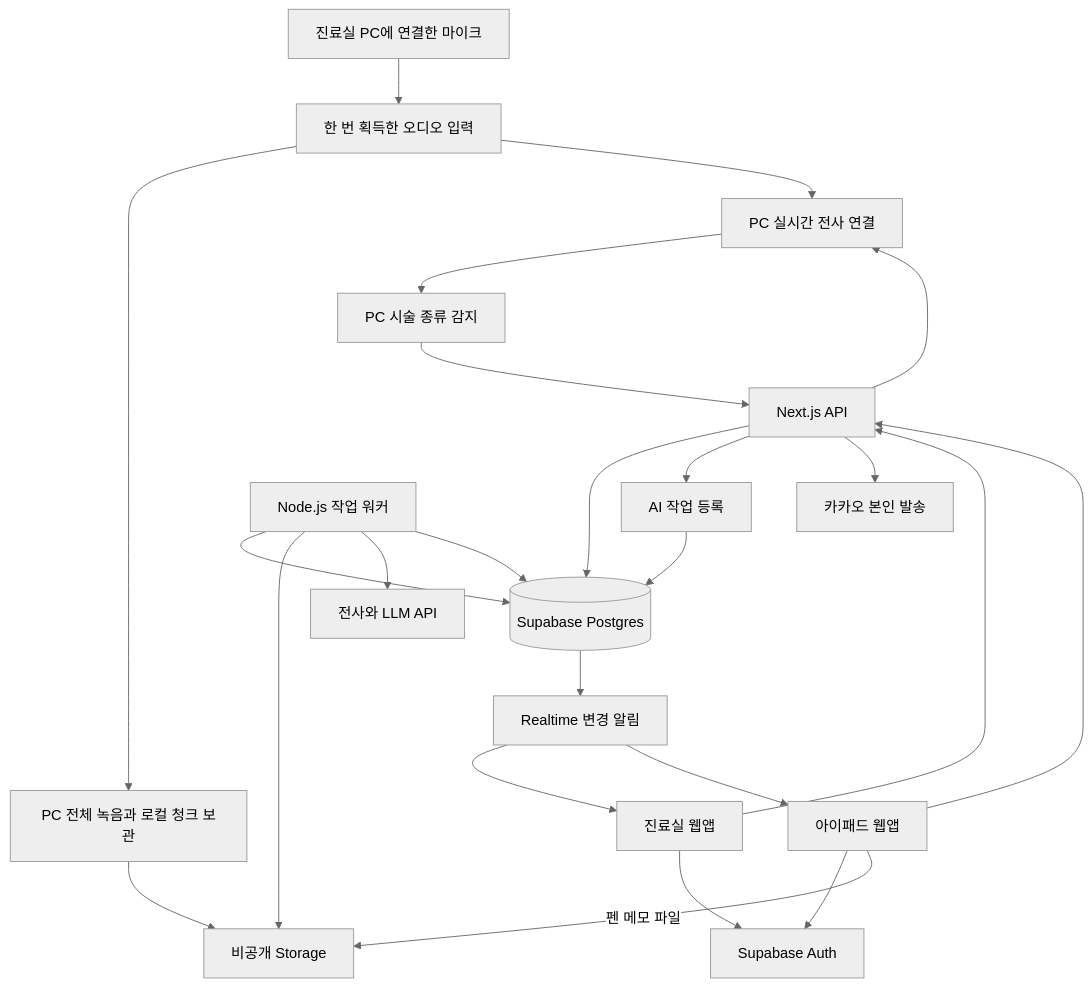
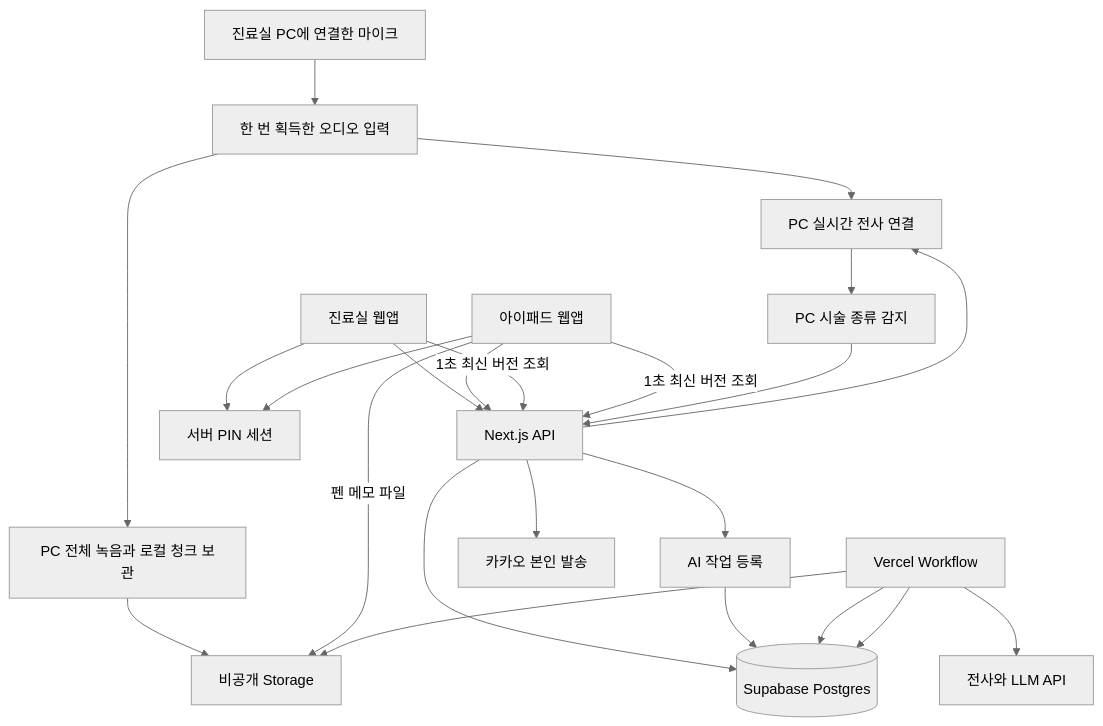
Before and after one commit to alslrl/hani-soap: the diagram in docs/implementation-plan.md, drawn with Mermaid (neutral theme). The commit also changed other lines of this file and 14 other files, not shown here.

````diff
--- a/docs/implementation-plan.md
+++ b/docs/implementation-plan.md
@@ -78,26 +83,25 @@
 ```mermaid
 flowchart TD
   MIC[진료실 PC에 연결한 마이크] --> INPUT[한 번 획득한 오디오 입력]
   INPUT --> REC[PC 전체 녹음과 로컬 청크 보관]
   INPUT --> LIVE[PC 실시간 전사 연결]
   PC[진료실 웹앱] --> API[Next.js API]
   TAB[아이패드 웹앱] --> API
-  PC --> AUTH[Supabase Auth]
-  TAB --> AUTH
+  PC --> ACCESS[서버 PIN 세션]
+  TAB --> ACCESS
   API --> DB[(Supabase Postgres)]
   REC --> STORE[비공개 Storage]
   TAB -->|펜 메모 파일| STORE
-  DB --> RT[Realtime 변경 알림]
-  RT --> PC
-  RT --> TAB
+  PC -->|1초 최신 버전 조회| API
+  TAB -->|1초 최신 버전 조회| API
   API --> JOB[AI 작업 등록]
   JOB --> DB
-  WORKER[Node.js 작업 워커] --> DB
+  WORKER[Vercel Workflow] --> DB
   WORKER --> STORE
   WORKER --> AI[전사와 LLM API]
   WORKER --> DB
   API --> LIVE
   LIVE --> DETECT[PC 시술 종류 감지]
   DETECT --> API
   API --> KAKAO[카카오 본인 발송]
 ```
````
